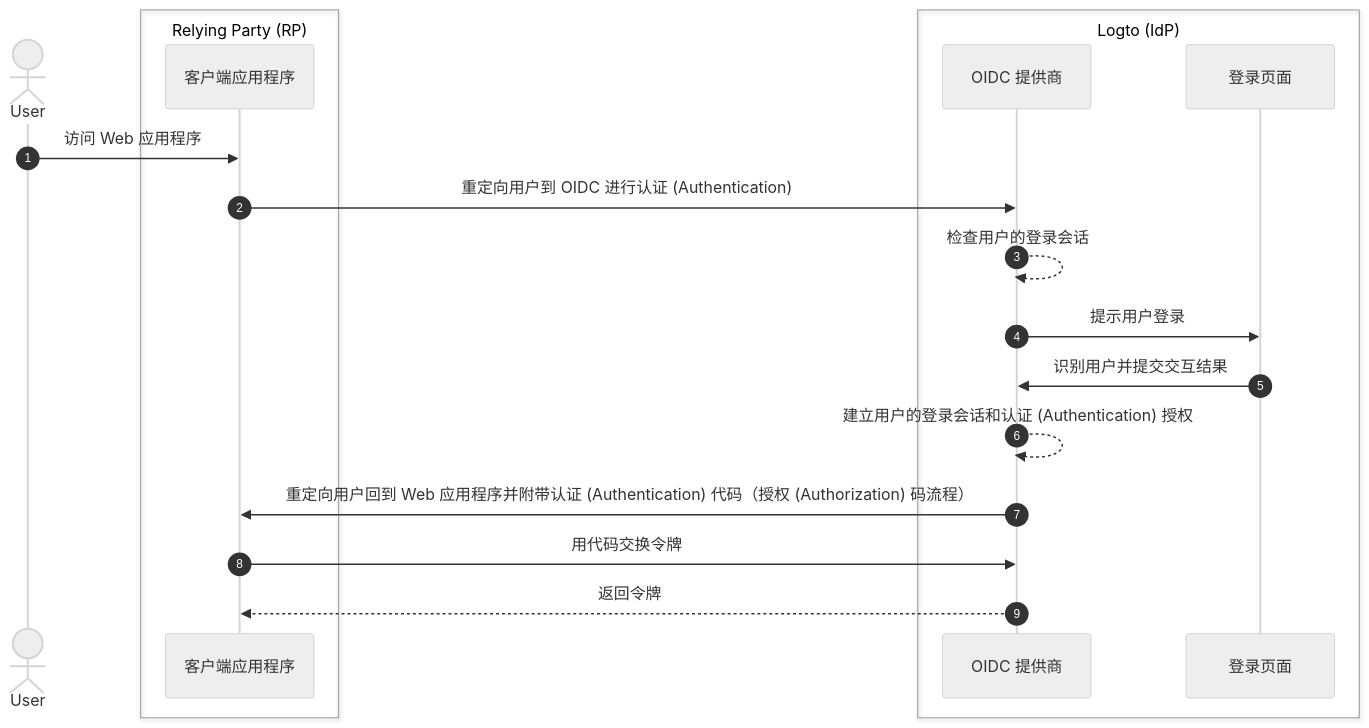
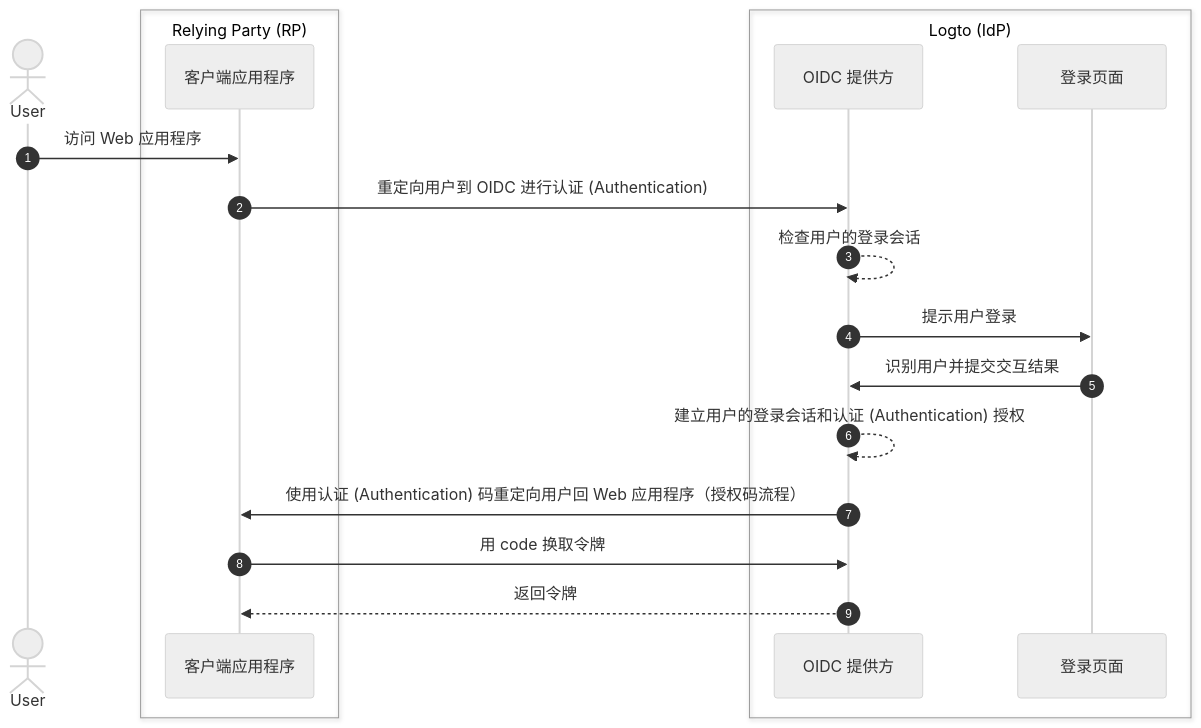
Before and after one commit to logto-io/docs: the first of 3 diagrams in i18n/zh-CN/docusaurus-plugin-content-docs/current/end-user-flows/sign-out.mdx, drawn with Mermaid (neutral theme). The commit also changed other lines of this file and 162 other files, not shown here.

````diff
--- a/i18n/zh-CN/docusaurus-plugin-content-docs/current/end-user-flows/sign-out.mdx
+++ b/i18n/zh-CN/docusaurus-plugin-content-docs/current/end-user-flows/sign-out.mdx
@@ -13,24 +13,24 @@
 ```mermaid
   sequenceDiagram
     autonumber
     actor User
 
     box Relying Party (RP)
       participant Client as 客户端应用程序
     end
 
     box Logto (IdP)
-      participant OIDC as OIDC 提供商
+      participant OIDC as OIDC 提供方
       participant SignIn as 登录页面
     end
 
     User ->> Client: 访问 Web 应用程序
     Client ->> OIDC: 重定向用户到 OIDC 进行认证 (Authentication)
     OIDC -->> OIDC: 检查用户的登录会话
     OIDC ->> SignIn: 提示用户登录
     SignIn ->> OIDC: 识别用户并提交交互结果
     OIDC -->> OIDC: 建立用户的登录会话和认证 (Authentication) 授权
-    OIDC ->> Client: 重定向用户回到 Web 应用程序并附带认证 (Authentication) 代码（授权 (Authorization) 码流程）
-    Client ->> OIDC: 用代码交换令牌
+    OIDC ->> Client: 使用认证 (Authentication) 码重定向用户回 Web 应用程序（授权码流程）
+    Client ->> OIDC: 用 code 换取令牌
     OIDC -->> Client: 返回令牌
 ```
````
